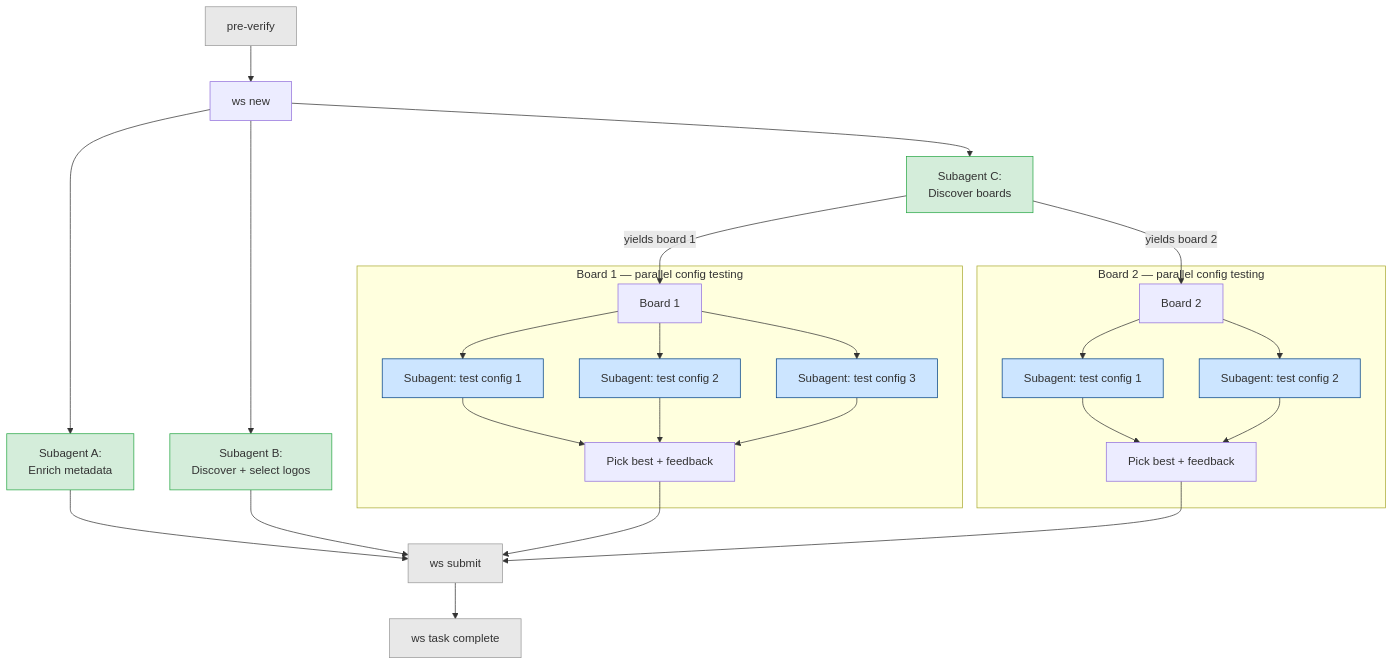
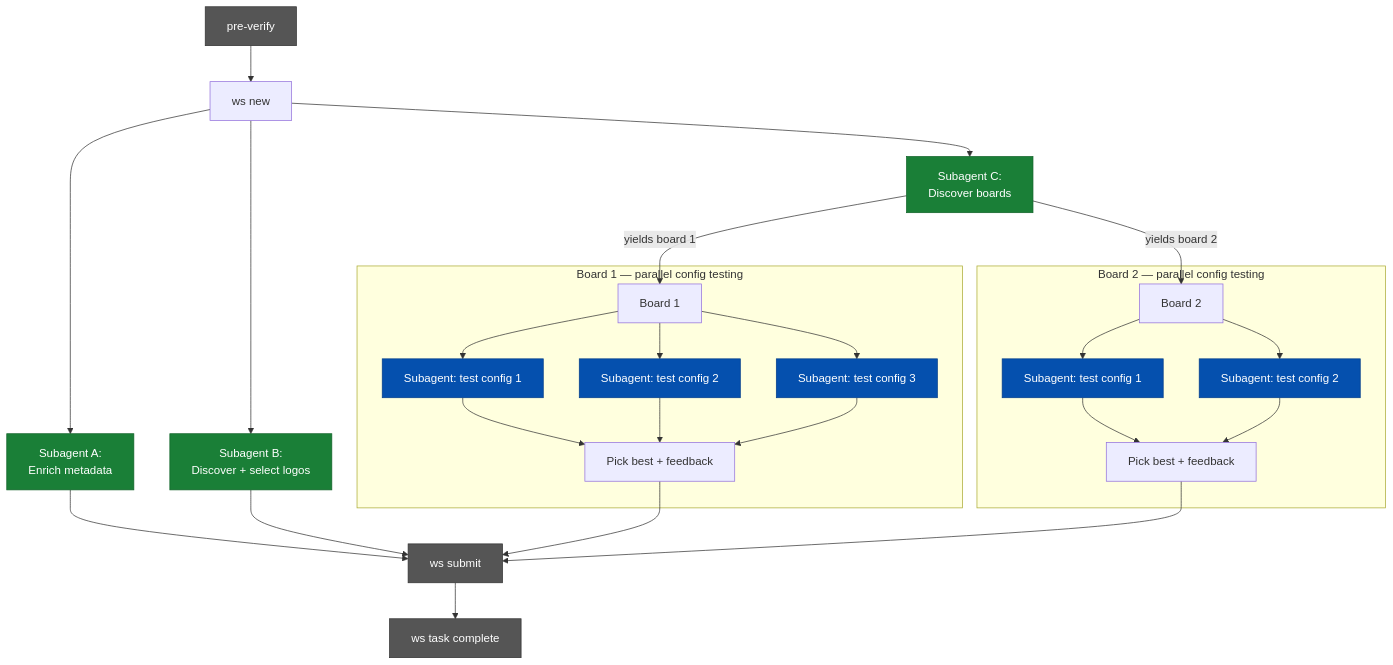
The second of 2 diagrams in docs/10-parallel-agent-pipeline.md (colophon-group/jobseek), drawn with Mermaid before and after one commit.

Commit message:
Use darker diagram colors for readability

````diff
--- a/docs/10-parallel-agent-pipeline.md
+++ b/docs/10-parallel-agent-pipeline.md
@@ -41,46 +41,46 @@
 ```mermaid
 graph TD
     A[pre-verify] --> B[ws new]
 
     B --> C[Subagent A:<br/>Enrich metadata]
     B --> D[Subagent B:<br/>Discover + select logos]
     B --> E[Subagent C:<br/>Discover boards]
 
     E -->|yields board 1| F[Board 1]
     E -->|yields board 2| G[Board 2]
 
     subgraph board1 [Board 1 — parallel config testing]
         F --> F1[Subagent: test config 1]
         F --> F2[Subagent: test config 2]
         F --> F3[Subagent: test config 3]
         F1 --> F4[Pick best + feedback]
         F2 --> F4
         F3 --> F4
     end
 
     subgraph board2 [Board 2 — parallel config testing]
         G --> G1[Subagent: test config 1]
         G --> G2[Subagent: test config 2]
         G1 --> G3[Pick best + feedback]
         G2 --> G3
     end
 
     C --> H[ws submit]
     D --> H
     F4 --> H
     G3 --> H
 
     H --> I[ws task complete]
 
-    style A fill:#e8e8e8,stroke:#999
-    style H fill:#e8e8e8,stroke:#999
-    style I fill:#e8e8e8,stroke:#999
-    style C fill:#d4edda,stroke:#28a745
-    style D fill:#d4edda,stroke:#28a745
-    style E fill:#d4edda,stroke:#28a745
-    style F1 fill:#cce5ff,stroke:#004085
-    style F2 fill:#cce5ff,stroke:#004085
-    style F3 fill:#cce5ff,stroke:#004085
-    style G1 fill:#cce5ff,stroke:#004085
-    style G2 fill:#cce5ff,stroke:#004085
+    style A fill:#555,stroke:#333,color:#fff
+    style H fill:#555,stroke:#333,color:#fff
+    style I fill:#555,stroke:#333,color:#fff
+    style C fill:#1a7f37,stroke:#116329,color:#fff
+    style D fill:#1a7f37,stroke:#116329,color:#fff
+    style E fill:#1a7f37,stroke:#116329,color:#fff
+    style F1 fill:#0550ae,stroke:#033d8b,color:#fff
+    style F2 fill:#0550ae,stroke:#033d8b,color:#fff
+    style F3 fill:#0550ae,stroke:#033d8b,color:#fff
+    style G1 fill:#0550ae,stroke:#033d8b,color:#fff
+    style G2 fill:#0550ae,stroke:#033d8b,color:#fff
 ```
````
